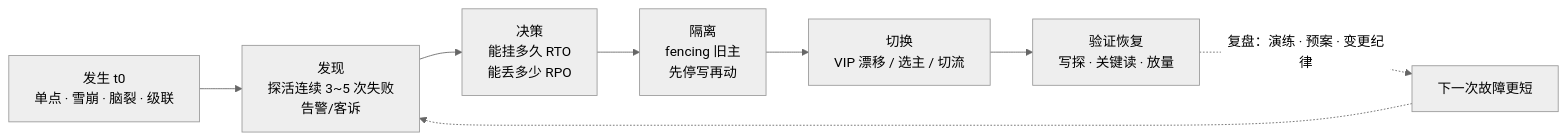
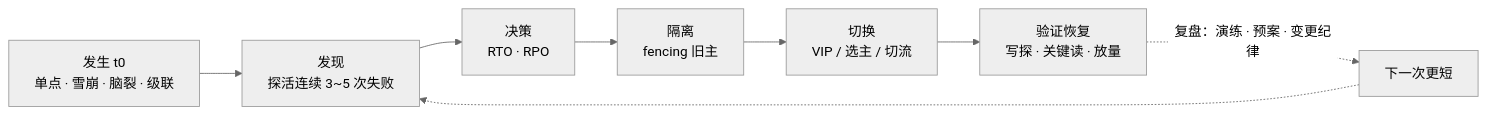
The first of 4 diagrams in 01-基础底座/33-高可用与容灾/知识点.md (ml-cuizijun/LearnToLilith), drawn with Mermaid (neutral theme) before and after one commit. The commit also changed other lines of this file and 178 other files, not shown here.

````diff
--- a/01-基础底座/33-高可用与容灾/知识点.md
+++ b/01-基础底座/33-高可用与容灾/知识点.md
@@ -21,10 +14,10 @@
 ```mermaid
 flowchart LR
-    A["发生 t0<br/>单点 · 雪崩 · 脑裂 · 级联"] --> B["发现<br/>探活连续 3~5 次失败<br/>告警/客诉"]
-    B --> C["决策<br/>能挂多久 RTO<br/>能丢多少 RPO"]
-    C --> D["隔离<br/>fencing 旧主<br/>先停写再动"]
-    D --> E["切换<br/>VIP 漂移 / 选主 / 切流"]
+    A["发生 t0<br/>单点 · 雪崩 · 脑裂 · 级联"] --> B["发现<br/>探活连续 3~5 次失败"]
+    B --> C["决策<br/>RTO · RPO"]
+    C --> D["隔离<br/>fencing 旧主"]
+    D --> E["切换<br/>VIP / 选主 / 切流"]
     E --> F["验证恢复<br/>写探 · 关键读 · 放量"]
-    F -.->|"复盘：演练 · 预案 · 变更纪律"| G["下一次故障更短"]
+    F -.->|"复盘：演练 · 预案 · 变更纪律"| G["下一次更短"]
     G -.-> B
 ```
````
